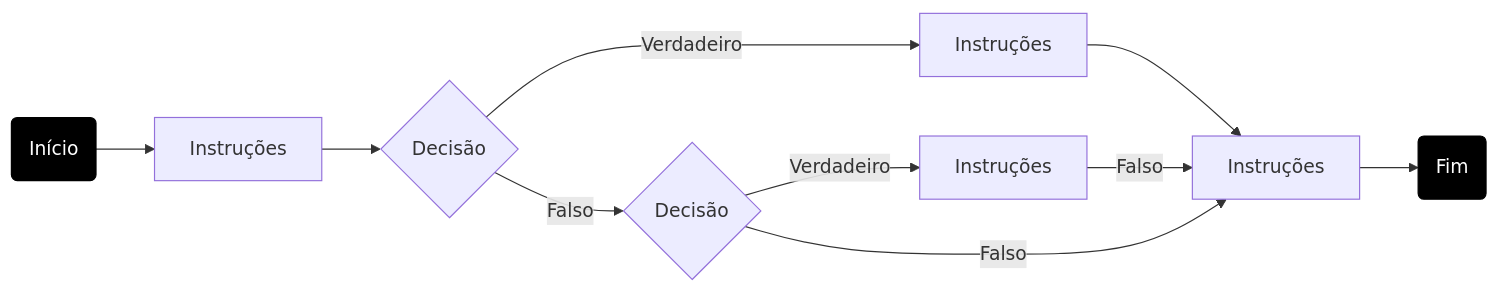
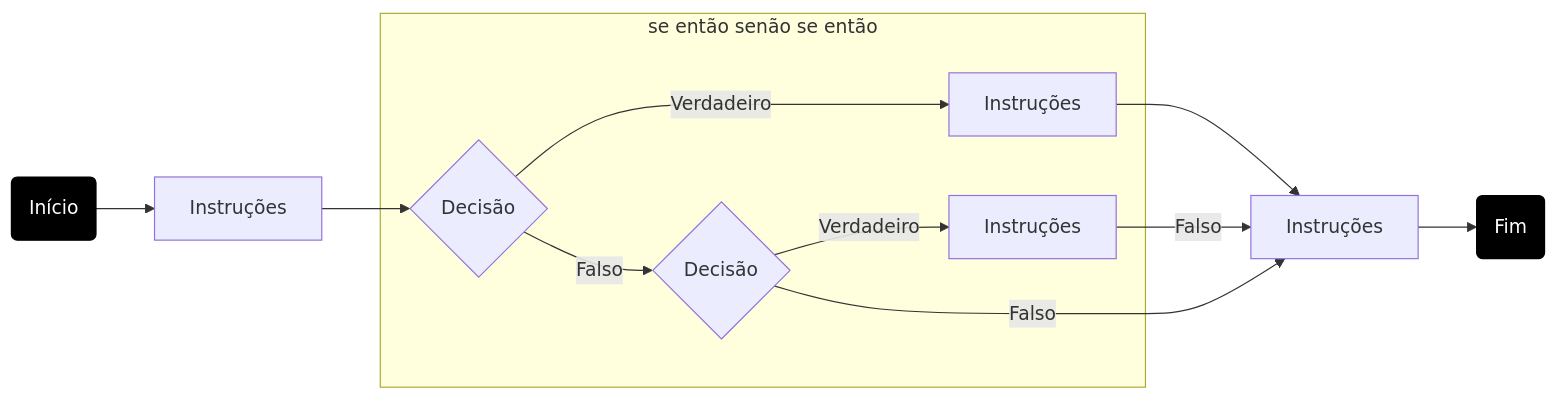
One commit to yuriMartinst/linguagem-java changed the third of 9 diagrams in 08.md. Above: the diagram before and after it, drawn with Mermaid. The commit also changed other lines of this file, not shown here.

````diff
--- a/08.md
+++ b/08.md
@@ -55,15 +59,17 @@
 ```mermaid
 flowchart LR
     inicio(Início) --> A
     A[Instruções] --> C{Decisão}
+    subgraph se então senão se então
      C -->|Verdadeiro| D[Instruções]
      C -->|Falso| F{Decisão}
+     F -->|Verdadeiro| H[Instruções]
+     end
      D --> G[Instruções]
-     F -->|Verdadeiro| H[Instruções]
      H -->|Falso| G[Instruções]
      F -->|Falso| G[Instruções]
     G --> fim(Fim)
 
 style inicio fill:#000,stroke:#000,color:#fff
 style fim fill:#000,stroke:#000,color:#fff
 ```
````
